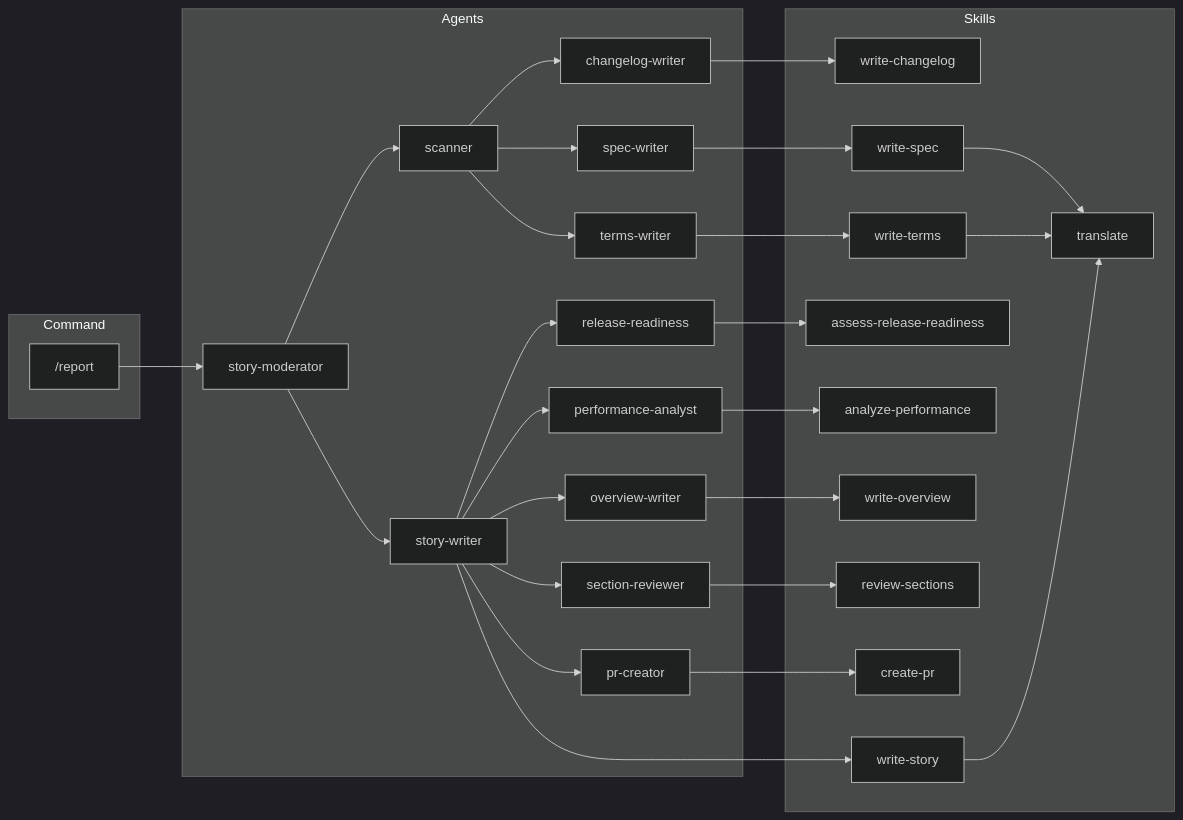
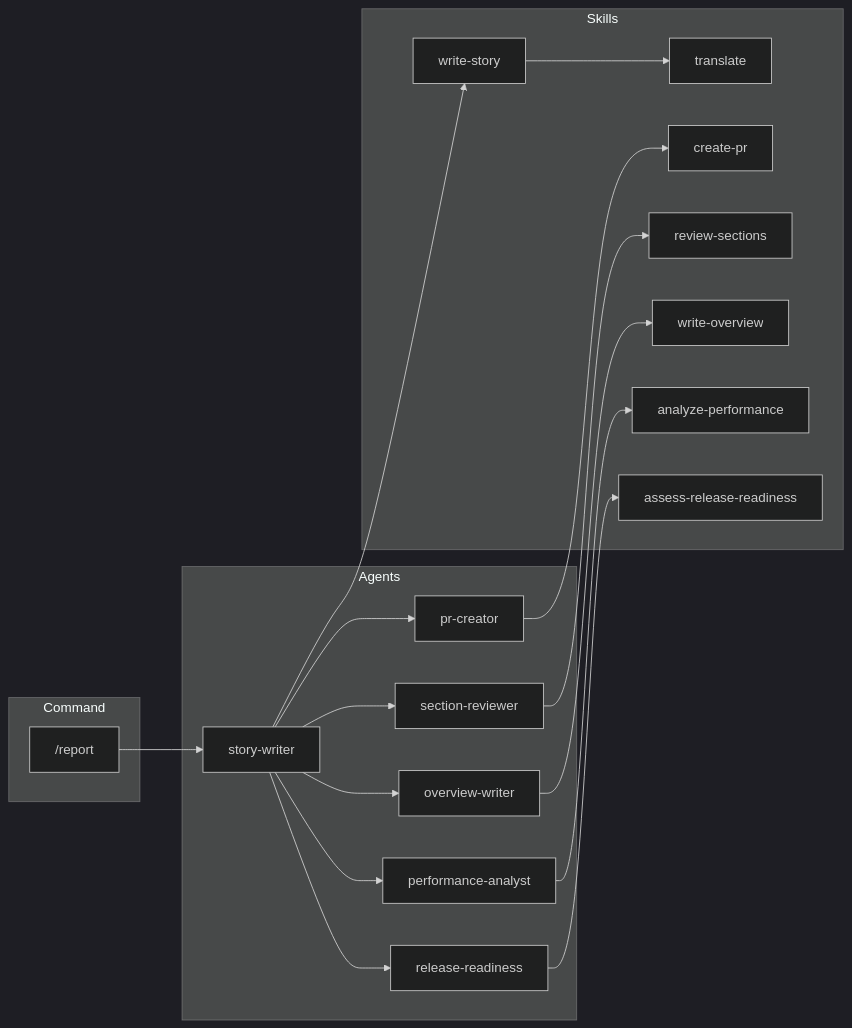
The fifth of 7 diagrams in .workaholic/specs/architecture.md (qmu/workaholic), drawn with Mermaid (dark theme) before and after one commit. The commit also changed other lines of this file and 16 other files, not shown here.

````diff
--- a/.workaholic/specs/architecture.md
+++ b/.workaholic/specs/architecture.md
@@ -267,55 +306,39 @@
 ```mermaid
 flowchart LR
     subgraph Command
         report["/report"]
     end
 
     subgraph Agents
-        sm[story-moderator]
-        sc[scanner]
         sw[story-writer]
-        cw[changelog-writer]
-        spw[spec-writer]
-        tw[terms-writer]
         rr[release-readiness]
         pa[performance-analyst]
         ow[overview-writer]
         sr[section-reviewer]
         pc[pr-creator]
     end
 
     subgraph Skills
         ws[write-story]
-        wc[write-changelog]
-        wsp[write-spec]
-        wt[write-terms]
         arr[assess-release-readiness]
         ap[analyze-performance]
         wo[write-overview]
         rs[review-sections]
         tr[translate]
         cp[create-pr]
     end
 
-    report --> sm
+    report --> sw
 
-    sm --> sc & sw
-
-    sc --> cw & spw & tw
     sw --> rr & pa & ow & sr & pc
 
-    cw --> wc
-    spw --> wsp
-    tw --> wt
     rr --> arr
     pa --> ap
     ow --> wo
     sr --> rs
     sw --> ws
     pc --> cp
 
     %% Skill-to-skill
     ws --> tr
-    wsp --> tr
-    wt --> tr
 ```
````
